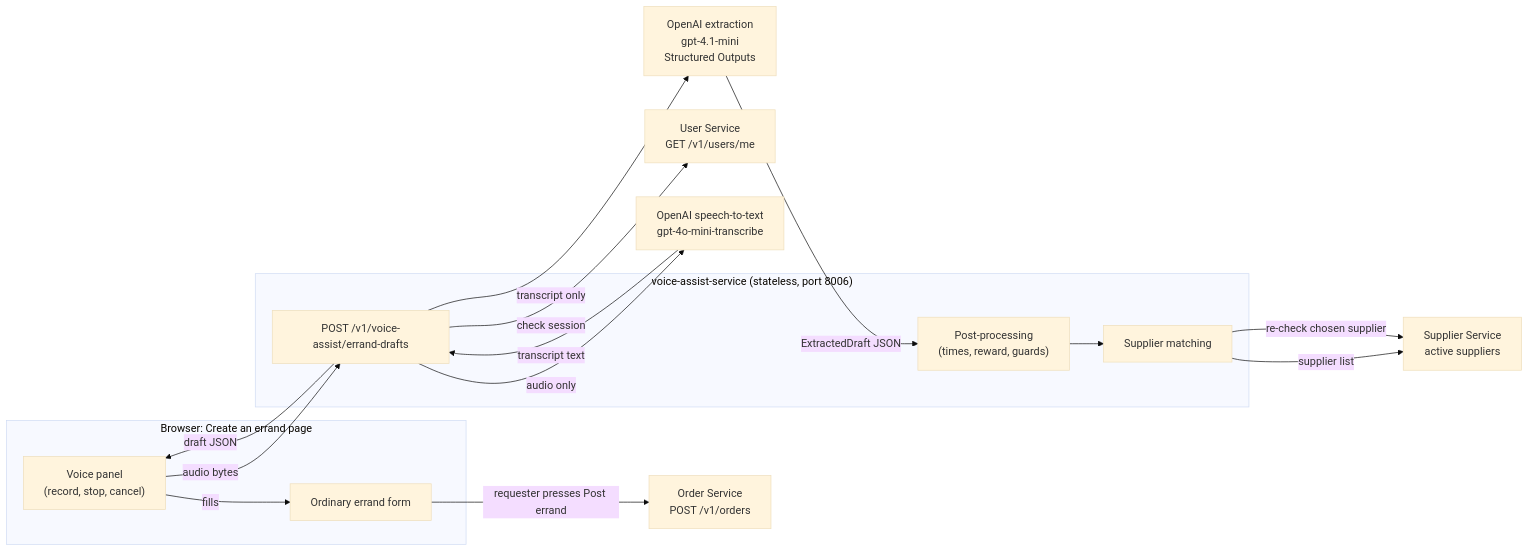
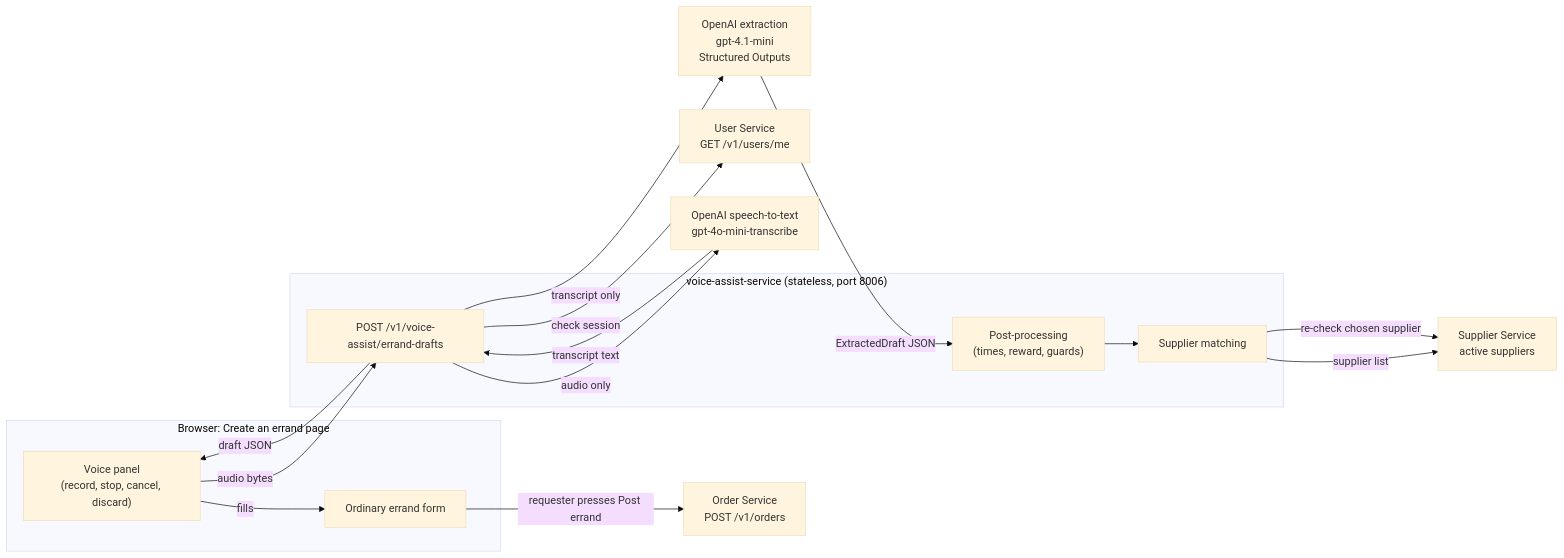
The first of 4 diagrams in voice-assist-service/IMPLEMENTATION.md (AY2627S1-CS3219-P6/foc), drawn with Mermaid (base theme) before and after one commit. The commit also changed other lines of this file and 1 other file, not shown here.

First line of the commit message:
docs(voice-assist-service): align the docs with the code

````diff
--- a/voice-assist-service/IMPLEMENTATION.md
+++ b/voice-assist-service/IMPLEMENTATION.md
@@ -44,32 +44,32 @@
 ```mermaid
 flowchart LR
     subgraph Browser["Browser: Create an errand page"]
-        Panel["Voice panel\n(record, stop, cancel)"]
+        Panel["Voice panel\n(record, stop, cancel, discard)"]
         Form["Ordinary errand form"]
     end
 
     subgraph VA["voice-assist-service (stateless, port 8006)"]
         API["POST /v1/voice-assist/errand-drafts"]
         Post["Post-processing\n(times, reward, guards)"]
         Match["Supplier matching"]
     end
 
     User["User Service\nGET /v1/users/me"]
     Supplier["Supplier Service\nactive suppliers"]
     STT["OpenAI speech-to-text\ngpt-4o-mini-transcribe"]
     LLM["OpenAI extraction\ngpt-4.1-mini\nStructured Outputs"]
     Order["Order Service\nPOST /v1/orders"]
 
     Panel -->|"audio bytes"| API
     API -->|"check session"| User
     API -->|"audio only"| STT
     STT -->|"transcript text"| API
     API -->|"transcript only"| LLM
     LLM -->|"ExtractedDraft JSON"| Post
     Post --> Match
     Match -->|"supplier list"| Supplier
     Match -->|"re-check chosen supplier"| Supplier
     API -->|"draft JSON"| Panel
     Panel -->|"fills"| Form
     Form -->|"requester presses Post errand"| Order
 ```
````
